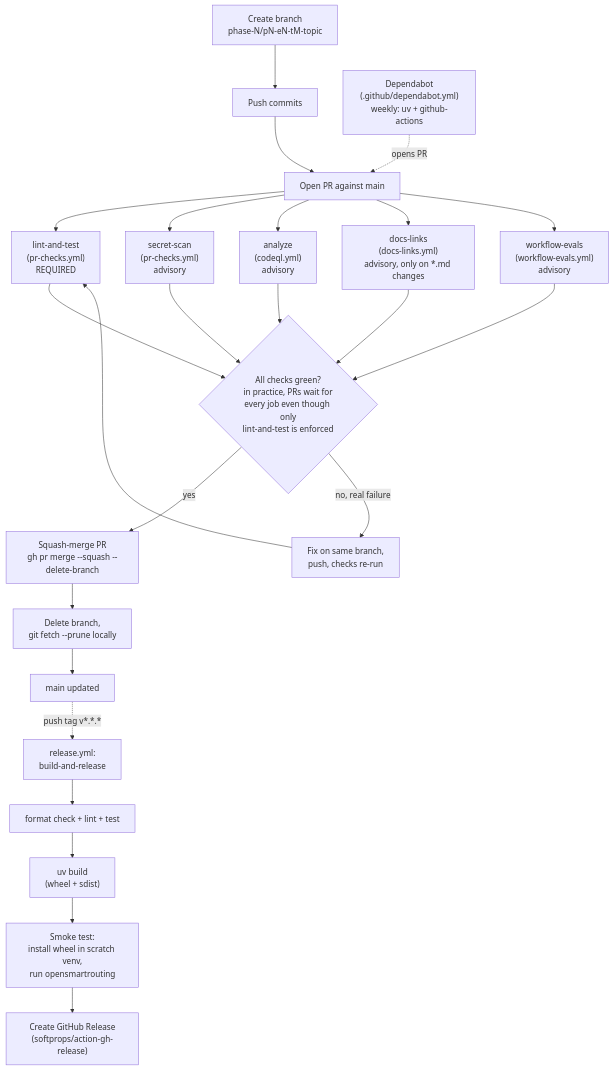
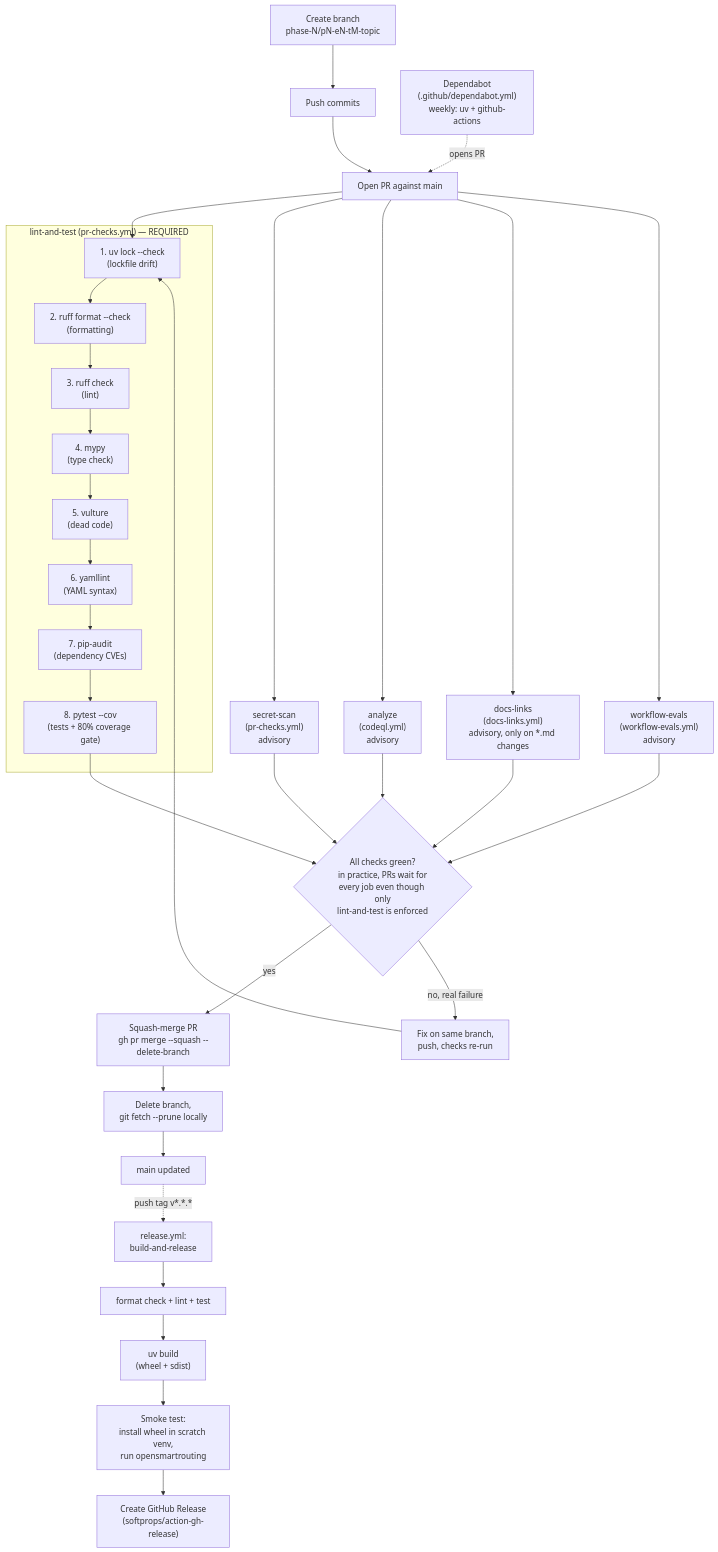
Before and after one commit to albrp97/OpenSmartRouting: the diagram in docs/guide/ci-pipeline.md, drawn with Mermaid. The commit also changed 1 other file, not shown here.

Commit message:
P0-E0-T26: Expand lint-and-test into its 8 steps in the diagram (#36)
- User couldn't find the coverage threshold gate in the diagram
  because lint-and-test was a single opaque node
- Replace it with a Mermaid subgraph showing the sequential steps:
  lockfile check -> format -> lint -> mypy -> vulture -> yamllint ->
  pip-audit -> pytest+coverage (80% gate)
- Update T26's Status History with this refinement

````diff
--- a/docs/guide/ci-pipeline.md
+++ b/docs/guide/ci-pipeline.md
@@ -9,32 +9,42 @@
 ```mermaid
 flowchart TD
     A["Create branch\nphase-N/pN-eN-tM-topic"] --> B["Push commits"]
     B --> C["Open PR against main"]
 
-    C --> D1["lint-and-test\n(pr-checks.yml)\nREQUIRED"]
+    C --> L1
+    subgraph LT["lint-and-test (pr-checks.yml) — REQUIRED"]
+        L1["1. uv lock --check\n(lockfile drift)"] --> L2["2. ruff format --check\n(formatting)"]
+        L2 --> L3["3. ruff check\n(lint)"]
+        L3 --> L4["4. mypy\n(type check)"]
+        L4 --> L5["5. vulture\n(dead code)"]
+        L5 --> L6["6. yamllint\n(YAML syntax)"]
+        L6 --> L7["7. pip-audit\n(dependency CVEs)"]
+        L7 --> L8["8. pytest --cov\n(tests + 80% coverage gate)"]
+    end
+    L8 --> E
+
     C --> D2["secret-scan\n(pr-checks.yml)\nadvisory"]
     C --> D3["analyze\n(codeql.yml)\nadvisory"]
     C --> D4["docs-links\n(docs-links.yml)\nadvisory, only on *.md changes"]
     C --> D5["workflow-evals\n(workflow-evals.yml)\nadvisory"]
 
-    D1 --> E{All checks green?\nin practice, PRs wait for\nevery job even though only\nlint-and-test is enforced}
-    D2 --> E
+    D2 --> E{All checks green?\nin practice, PRs wait for\nevery job even though only\nlint-and-test is enforced}
     D3 --> E
     D4 --> E
     D5 --> E
 
     E -->|yes| F["Squash-merge PR\ngh pr merge --squash --delete-branch"]
     E -->|no, real failure| G["Fix on same branch,\npush, checks re-run"]
-    G --> D1
+    G --> L1
 
     F --> H["Delete branch,\ngit fetch --prune locally"]
     H --> I["main updated"]
 
     I -.->|push tag v*.*.*| J["release.yml:\nbuild-and-release"]
     J --> J1["format check + lint + test"]
     J1 --> J2["uv build\n(wheel + sdist)"]
     J2 --> J3["Smoke test:\ninstall wheel in scratch venv,\nrun opensmartrouting"]
     J3 --> J4["Create GitHub Release\n(softprops/action-gh-release)"]
 
     K["Dependabot\n(.github/dependabot.yml)\nweekly: uv + github-actions"] -.->|opens PR| C
 ```
````
